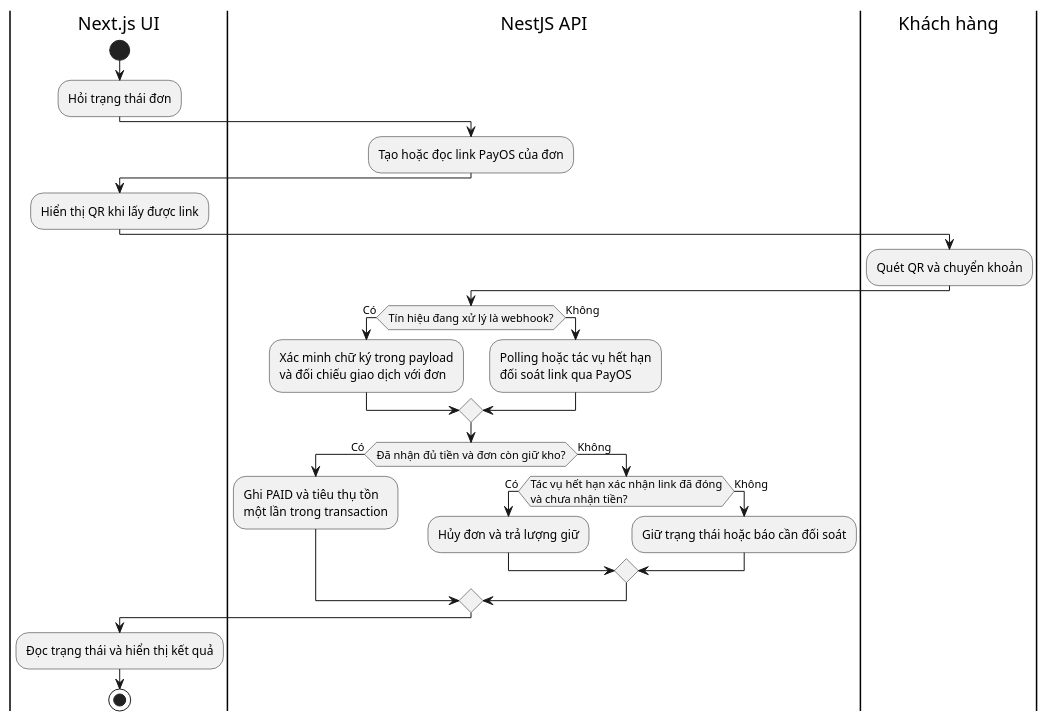
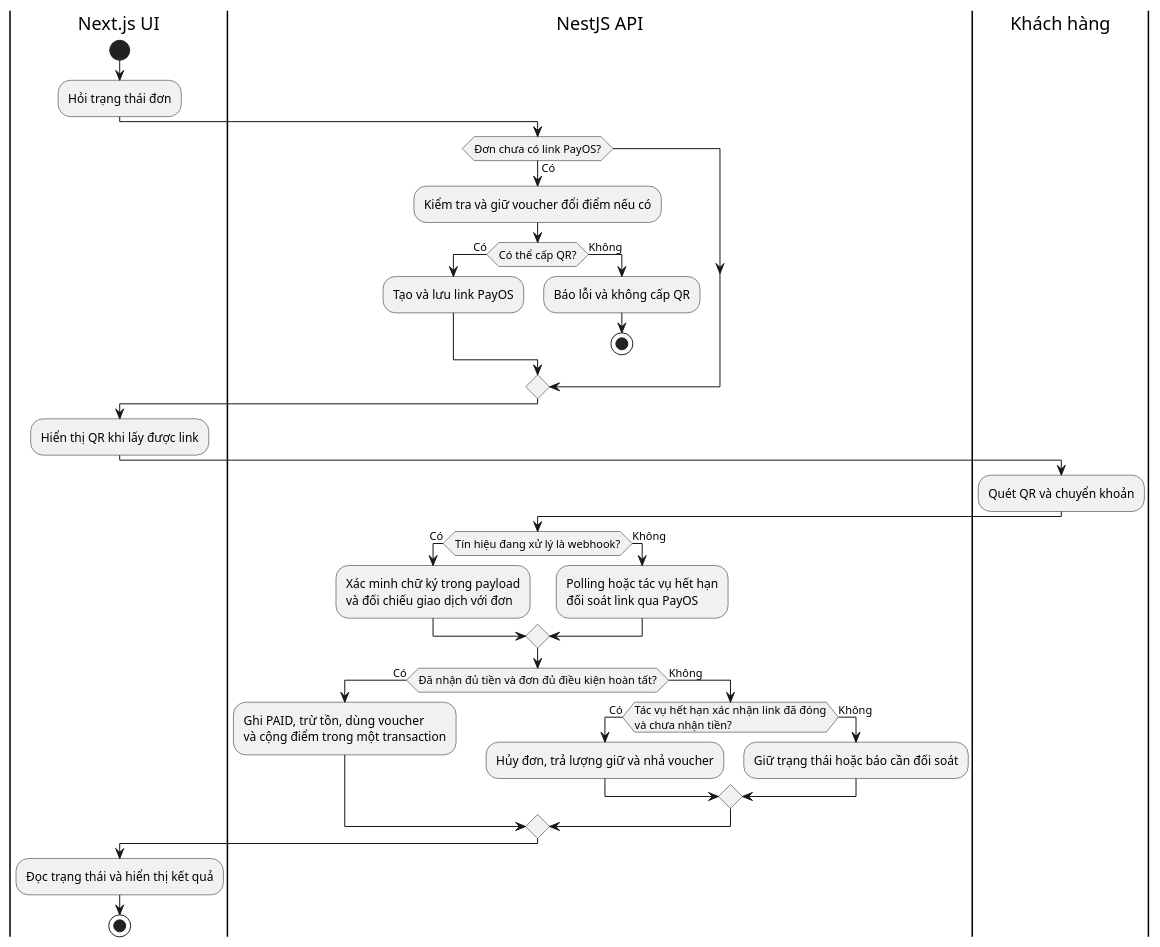
One commit to PhucTruong11/brewlite-assignment2 changed the diagram in docs/diagrams/activity-payos-webhook.puml. Above: the diagram before and after it, drawn with PlantUML. The commit also changed 50 other files, not shown here.

```diff
--- a/docs/diagrams/activity-payos-webhook.puml
+++ b/docs/diagrams/activity-payos-webhook.puml
@@ -1,33 +1,41 @@
 @startuml activity-payos-webhook
 skinparam monochrome true
 skinparam shadowing false
 skinparam defaultFontName Arial
 |Next.js UI|
 start
 :Hỏi trạng thái đơn;
 |NestJS API|
-:Tạo hoặc đọc link PayOS của đơn;
+if (Đơn chưa có link PayOS?) then (Có)
+  :Kiểm tra và giữ voucher đổi điểm nếu có;
+  if (Có thể cấp QR?) then (Có)
+    :Tạo và lưu link PayOS;
+  else (Không)
+    :Báo lỗi và không cấp QR;
+    stop
+  endif
+endif
 |Next.js UI|
 :Hiển thị QR khi lấy được link;
 |Khách hàng|
 :Quét QR và chuyển khoản;
 |NestJS API|
 if (Tín hiệu đang xử lý là webhook?) then (Có)
   :Xác minh chữ ký trong payload\nvà đối chiếu giao dịch với đơn;
 else (Không)
   :Polling hoặc tác vụ hết hạn\nđối soát link qua PayOS;
 endif
-if (Đã nhận đủ tiền và đơn còn giữ kho?) then (Có)
-  :Ghi PAID và tiêu thụ tồn\nmột lần trong transaction;
+if (Đã nhận đủ tiền và đơn đủ điều kiện hoàn tất?) then (Có)
+  :Ghi PAID, trừ tồn, dùng voucher\nvà cộng điểm trong một transaction;
 else (Không)
   if (Tác vụ hết hạn xác nhận link đã đóng
 và chưa nhận tiền?) then (Có)
-    :Hủy đơn và trả lượng giữ;
+    :Hủy đơn, trả lượng giữ và nhả voucher;
   else (Không)
     :Giữ trạng thái hoặc báo cần đối soát;
   endif
 endif
 |Next.js UI|
 :Đọc trạng thái và hiển thị kết quả;
 stop
 @enduml
```
